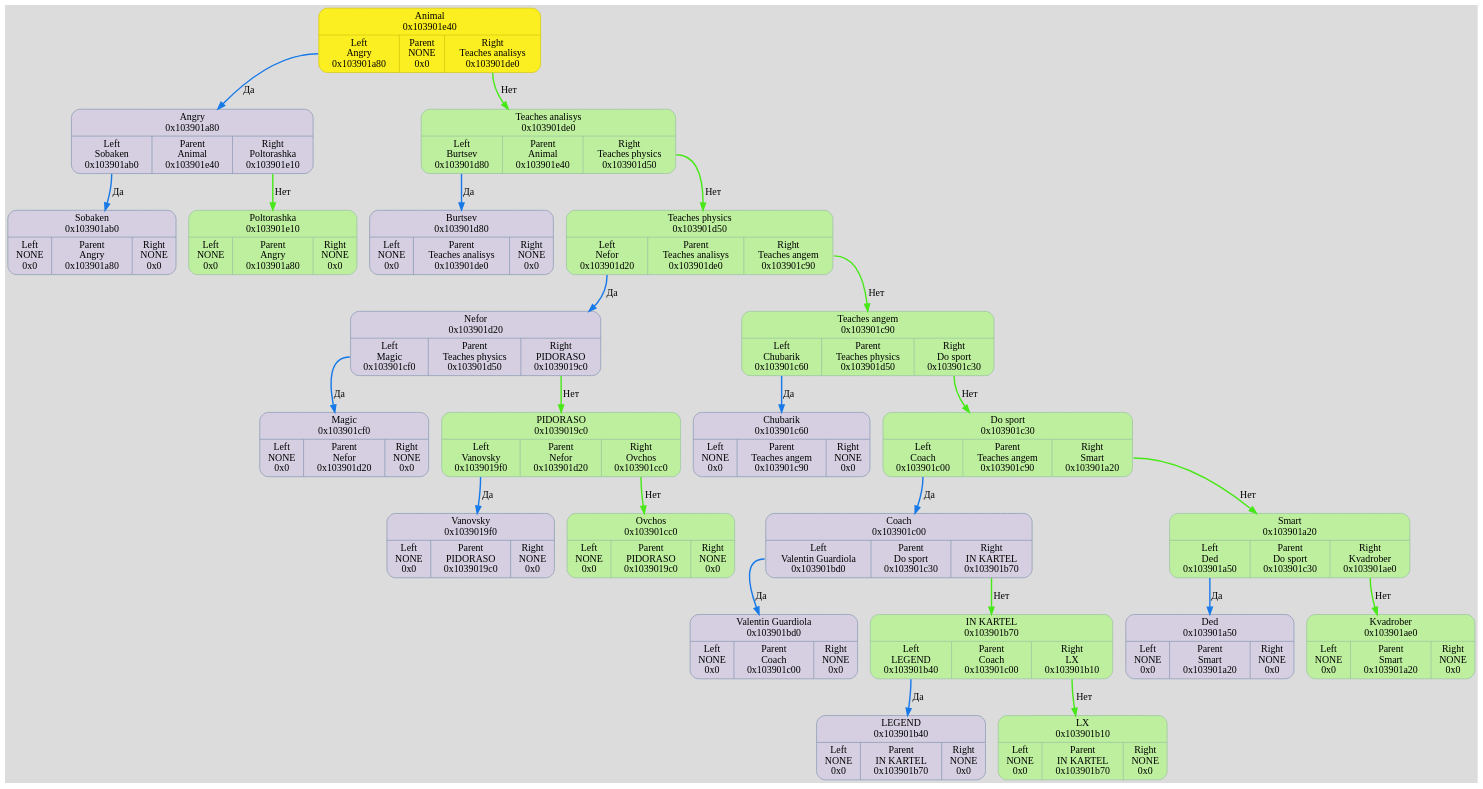
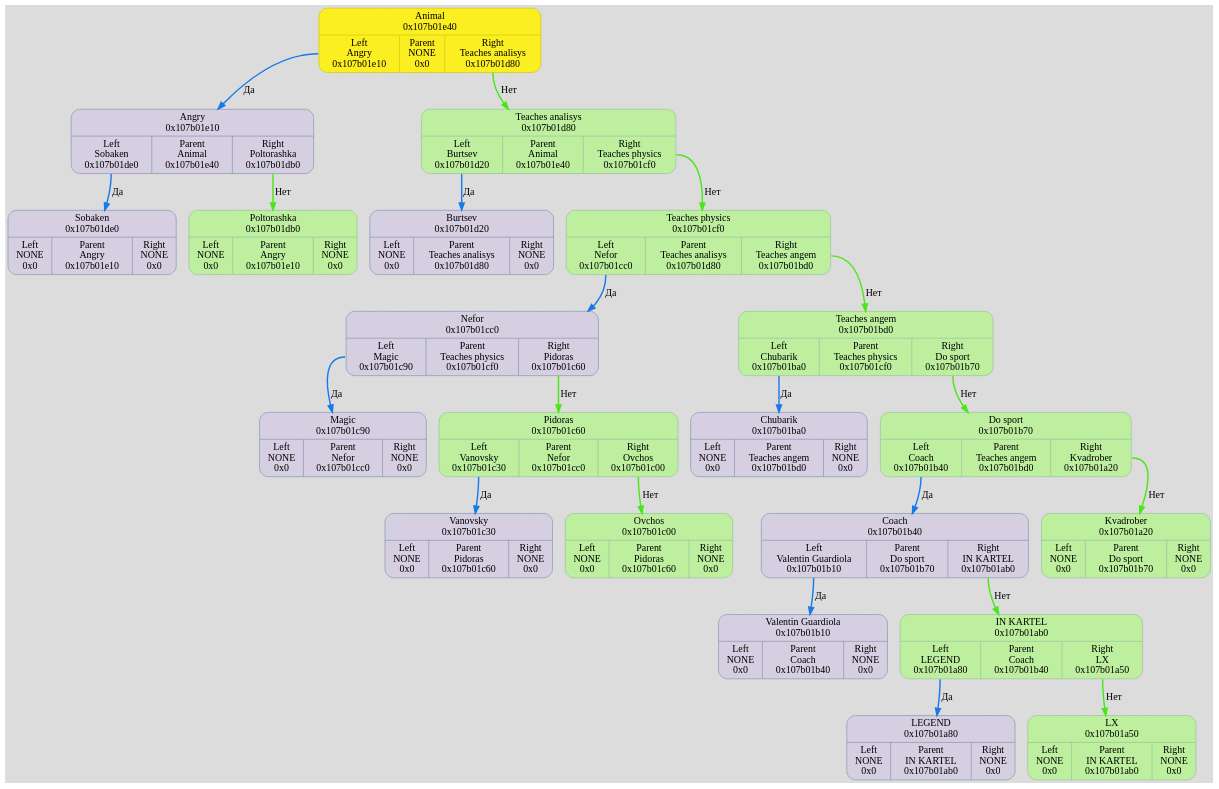
Before and after one commit to TolikRogov/Akinator: the diagram in dump/graph.dot, drawn with Graphviz. The commit also changed 19 other files, not shown here.

```diff
--- a/dump/graph.dot
+++ b/dump/graph.dot
@@ -2,60 +2,55 @@
 	fontname = "UbuntuMono";
 	bgcolor = "#DCDCDC";
 
-	node0x103901e40 [ shape = Mrecord; style = filled; fillcolor = "#FBEE21"; color = "#D3C70D"; fontcolor = "#000000";label = " { Animal\n0x103901e40 | { <left> Left\nAngry\n0x103901a80 | Parent\nNONE\n0x0 | <right> Right\nTeaches analisys\n0x103901de0 } } ";  ];
-	node0x103901e40:<left> -> node0x103901a80 [ style = "bold"; color = "#187AE8"; label = "Да"; ];
-	node0x103901a80 [ shape = Mrecord; style = filled; fillcolor = "#D5CFE1"; color = "#8797b2"; fontcolor = "#000000";label = " { Angry\n0x103901a80 | { <left> Left\nSobaken\n0x103901ab0 | Parent\nAnimal\n0x103901e40 | <right> Right\nPoltorashka\n0x103901e10 } } ";  ];
-	node0x103901a80:<left> -> node0x103901ab0 [ style = "bold"; color = "#187AE8"; label = "Да"; ];
-	node0x103901ab0 [ shape = Mrecord; style = filled; fillcolor = "#D5CFE1"; color = "#8797b2"; fontcolor = "#000000";label = " { Sobaken\n0x103901ab0 | { <left> Left\nNONE\n0x0 | Parent\nAngry\n0x103901a80 | <right> Right\nNONE\n0x0 } } ";  ];
-	node0x103901e10 [ shape = Mrecord; style = filled; fillcolor = "#D5CFE1"; color = "#8797b2"; fontcolor = "#000000";label = " { Poltorashka\n0x103901e10 | { <left> Left\nNONE\n0x0 | Parent\nAngry\n0x103901a80 | <right> Right\nNONE\n0x0 } } ";  ];
-	node0x103901a80:<right> -> node0x103901e10 [ style = "bold"; color = "#48E818"; label = "Нет"; ];
-	node0x103901e10 [ fillcolor = "#BDEF9E"; color = "#99c2a2"; fontcolor = "#000000"; ];
-	node0x103901de0 [ shape = Mrecord; style = filled; fillcolor = "#D5CFE1"; color = "#8797b2"; fontcolor = "#000000";label = " { Teaches analisys\n0x103901de0 | { <left> Left\nBurtsev\n0x103901d80 | Parent\nAnimal\n0x103901e40 | <right> Right\nTeaches physics\n0x103901d50 } } ";  ];
-	node0x103901de0:<left> -> node0x103901d80 [ style = "bold"; color = "#187AE8"; label = "Да"; ];
-	node0x103901d80 [ shape = Mrecord; style = filled; fillcolor = "#D5CFE1"; color = "#8797b2"; fontcolor = "#000000";label = " { Burtsev\n0x103901d80 | { <left> Left\nNONE\n0x0 | Parent\nTeaches analisys\n0x103901de0 | <right> Right\nNONE\n0x0 } } ";  ];
-	node0x103901d50 [ shape = Mrecord; style = filled; fillcolor = "#D5CFE1"; color = "#8797b2"; fontcolor = "#000000";label = " { Teaches physics\n0x103901d50 | { <left> Left\nNefor\n0x103901d20 | Parent\nTeaches analisys\n0x103901de0 | <right> Right\nTeaches angem\n0x103901c90 } } ";  ];
-	node0x103901d50:<left> -> node0x103901d20 [ style = "bold"; color = "#187AE8"; label = "Да"; ];
-	node0x103901d20 [ shape = Mrecord; style = filled; fillcolor = "#D5CFE1"; color = "#8797b2"; fontcolor = "#000000";label = " { Nefor\n0x103901d20 | { <left> Left\nMagic\n0x103901cf0 | Parent\nTeaches physics\n0x103901d50 | <right> Right\nPIDORASO\n0x1039019c0 } } ";  ];
-	node0x103901d20:<left> -> node0x103901cf0 [ style = "bold"; color = "#187AE8"; label = "Да"; ];
-	node0x103901cf0 [ shape = Mrecord; style = filled; fillcolor = "#D5CFE1"; color = "#8797b2"; fontcolor = "#000000";label = " { Magic\n0x103901cf0 | { <left> Left\nNONE\n0x0 | Parent\nNefor\n0x103901d20 | <right> Right\nNONE\n0x0 } } ";  ];
-	node0x1039019c0 [ shape = Mrecord; style = filled; fillcolor = "#D5CFE1"; color = "#8797b2"; fontcolor = "#000000";label = " { PIDORASO\n0x1039019c0 | { <left> Left\nVanovsky\n0x1039019f0 | Parent\nNefor\n0x103901d20 | <right> Right\nOvchos\n0x103901cc0 } } ";  ];
-	node0x1039019c0:<left> -> node0x1039019f0 [ style = "bold"; color = "#187AE8"; label = "Да"; ];
-	node0x1039019f0 [ shape = Mrecord; style = filled; fillcolor = "#D5CFE1"; color = "#8797b2"; fontcolor = "#000000";label = " { Vanovsky\n0x1039019f0 | { <left> Left\nNONE\n0x0 | Parent\nPIDORASO\n0x1039019c0 | <right> Right\nNONE\n0x0 } } ";  ];
-	node0x103901cc0 [ shape = Mrecord; style = filled; fillcolor = "#D5CFE1"; color = "#8797b2"; fontcolor = "#000000";label = " { Ovchos\n0x103901cc0 | { <left> Left\nNONE\n0x0 | Parent\nPIDORASO\n0x1039019c0 | <right> Right\nNONE\n0x0 } } ";  ];
-	node0x1039019c0:<right> -> node0x103901cc0 [ style = "bold"; color = "#48E818"; label = "Нет"; ];
-	node0x103901cc0 [ fillcolor = "#BDEF9E"; color = "#99c2a2"; fontcolor = "#000000"; ];
-	node0x103901d20:<right> -> node0x1039019c0 [ style = "bold"; color = "#48E818"; label = "Нет"; ];
-	node0x1039019c0 [ fillcolor = "#BDEF9E"; color = "#99c2a2"; fontcolor = "#000000"; ];
-	node0x103901c90 [ shape = Mrecord; style = filled; fillcolor = "#D5CFE1"; color = "#8797b2"; fontcolor = "#000000";label = " { Teaches angem\n0x103901c90 | { <left> Left\nChubarik\n0x103901c60 | Parent\nTeaches physics\n0x103901d50 | <right> Right\nDo sport\n0x103901c30 } } ";  ];
-	node0x103901c90:<left> -> node0x103901c60 [ style = "bold"; color = "#187AE8"; label = "Да"; ];
-	node0x103901c60 [ shape = Mrecord; style = filled; fillcolor = "#D5CFE1"; color = "#8797b2"; fontcolor = "#000000";label = " { Chubarik\n0x103901c60 | { <left> Left\nNONE\n0x0 | Parent\nTeaches angem\n0x103901c90 | <right> Right\nNONE\n0x0 } } ";  ];
-	node0x103901c30 [ shape = Mrecord; style = filled; fillcolor = "#D5CFE1"; color = "#8797b2"; fontcolor = "#000000";label = " { Do sport\n0x103901c30 | { <left> Left\nCoach\n0x103901c00 | Parent\nTeaches angem\n0x103901c90 | <right> Right\nSmart\n0x103901a20 } } ";  ];
-	node0x103901c30:<left> -> node0x103901c00 [ style = "bold"; color = "#187AE8"; label = "Да"; ];
-	node0x103901c00 [ shape = Mrecord; style = filled; fillcolor = "#D5CFE1"; color = "#8797b2"; fontcolor = "#000000";label = " { Coach\n0x103901c00 | { <left> Left\nValentin Guardiola\n0x103901bd0 | Parent\nDo sport\n0x103901c30 | <right> Right\nIN KARTEL\n0x103901b70 } } ";  ];
-	node0x103901c00:<left> -> node0x103901bd0 [ style = "bold"; color = "#187AE8"; label = "Да"; ];
-	node0x103901bd0 [ shape = Mrecord; style = filled; fillcolor = "#D5CFE1"; color = "#8797b2"; fontcolor = "#000000";label = " { Valentin Guardiola\n0x103901bd0 | { <left> Left\nNONE\n0x0 | Parent\nCoach\n0x103901c00 | <right> Right\nNONE\n0x0 } } ";  ];
-	node0x103901b70 [ shape = Mrecord; style = filled; fillcolor = "#D5CFE1"; color = "#8797b2"; fontcolor = "#000000";label = " { IN KARTEL\n0x103901b70 | { <left> Left\nLEGEND\n0x103901b40 | Parent\nCoach\n0x103901c00 | <right> Right\nLX\n0x103901b10 } } ";  ];
-	node0x103901b70:<left> -> node0x103901b40 [ style = "bold"; color = "#187AE8"; label = "Да"; ];
-	node0x103901b40 [ shape = Mrecord; style = filled; fillcolor = "#D5CFE1"; color = "#8797b2"; fontcolor = "#000000";label = " { LEGEND\n0x103901b40 | { <left> Left\nNONE\n0x0 | Parent\nIN KARTEL\n0x103901b70 | <right> Right\nNONE\n0x0 } } ";  ];
-	node0x103901b10 [ shape = Mrecord; style = filled; fillcolor = "#D5CFE1"; color = "#8797b2"; fontcolor = "#000000";label = " { LX\n0x103901b10 | { <left> Left\nNONE\n0x0 | Parent\nIN KARTEL\n0x103901b70 | <right> Right\nNONE\n0x0 } } ";  ];
-	node0x103901b70:<right> -> node0x103901b10 [ style = "bold"; color = "#48E818"; label = "Нет"; ];
-	node0x103901b10 [ fillcolor = "#BDEF9E"; color = "#99c2a2"; fontcolor = "#000000"; ];
-	node0x103901c00:<right> -> node0x103901b70 [ style = "bold"; color = "#48E818"; label = "Нет"; ];
-	node0x103901b70 [ fillcolor = "#BDEF9E"; color = "#99c2a2"; fontcolor = "#000000"; ];
-	node0x103901a20 [ shape = Mrecord; style = filled; fillcolor = "#D5CFE1"; color = "#8797b2"; fontcolor = "#000000";label = " { Smart\n0x103901a20 | { <left> Left\nDed\n0x103901a50 | Parent\nDo sport\n0x103901c30 | <right> Right\nKvadrober\n0x103901ae0 } } ";  ];
-	node0x103901a20:<left> -> node0x103901a50 [ style = "bold"; color = "#187AE8"; label = "Да"; ];
-	node0x103901a50 [ shape = Mrecord; style = filled; fillcolor = "#D5CFE1"; color = "#8797b2"; fontcolor = "#000000";label = " { Ded\n0x103901a50 | { <left> Left\nNONE\n0x0 | Parent\nSmart\n0x103901a20 | <right> Right\nNONE\n0x0 } } ";  ];
-	node0x103901ae0 [ shape = Mrecord; style = filled; fillcolor = "#D5CFE1"; color = "#8797b2"; fontcolor = "#000000";label = " { Kvadrober\n0x103901ae0 | { <left> Left\nNONE\n0x0 | Parent\nSmart\n0x103901a20 | <right> Right\nNONE\n0x0 } } ";  ];
-	node0x103901a20:<right> -> node0x103901ae0 [ style = "bold"; color = "#48E818"; label = "Нет"; ];
-	node0x103901ae0 [ fillcolor = "#BDEF9E"; color = "#99c2a2"; fontcolor = "#000000"; ];
-	node0x103901c30:<right> -> node0x103901a20 [ style = "bold"; color = "#48E818"; label = "Нет"; ];
-	node0x103901a20 [ fillcolor = "#BDEF9E"; color = "#99c2a2"; fontcolor = "#000000"; ];
-	node0x103901c90:<right> -> node0x103901c30 [ style = "bold"; color = "#48E818"; label = "Нет"; ];
-	node0x103901c30 [ fillcolor = "#BDEF9E"; color = "#99c2a2"; fontcolor = "#000000"; ];
-	node0x103901d50:<right> -> node0x103901c90 [ style = "bold"; color = "#48E818"; label = "Нет"; ];
-	node0x103901c90 [ fillcolor = "#BDEF9E"; color = "#99c2a2"; fontcolor = "#000000"; ];
-	node0x103901de0:<right> -> node0x103901d50 [ style = "bold"; color = "#48E818"; label = "Нет"; ];
-	node0x103901d50 [ fillcolor = "#BDEF9E"; color = "#99c2a2"; fontcolor = "#000000"; ];
-	node0x103901e40:<right> -> node0x103901de0 [ style = "bold"; color = "#48E818"; label = "Нет"; ];
-	node0x103901de0 [ fillcolor = "#BDEF9E"; color = "#99c2a2"; fontcolor = "#000000"; ];
+	node0x107b01e40 [ shape = Mrecord; style = filled; fillcolor = "#FBEE21"; color = "#D3C70D"; fontcolor = "#000000";label = " { Animal\n0x107b01e40 | { <left> Left\nAngry\n0x107b01e10 | Parent\nNONE\n0x0 | <right> Right\nTeaches analisys\n0x107b01d80 } } ";  ];
+	node0x107b01e40:<left> -> node0x107b01e10 [ style = "bold"; color = "#187AE8"; label = "Да"; ];
+	node0x107b01e10 [ shape = Mrecord; style = filled; fillcolor = "#D5CFE1"; color = "#8797b2"; fontcolor = "#000000";label = " { Angry\n0x107b01e10 | { <left> Left\nSobaken\n0x107b01de0 | Parent\nAnimal\n0x107b01e40 | <right> Right\nPoltorashka\n0x107b01db0 } } ";  ];
+	node0x107b01e10:<left> -> node0x107b01de0 [ style = "bold"; color = "#187AE8"; label = "Да"; ];
+	node0x107b01de0 [ shape = Mrecord; style = filled; fillcolor = "#D5CFE1"; color = "#8797b2"; fontcolor = "#000000";label = " { Sobaken\n0x107b01de0 | { <left> Left\nNONE\n0x0 | Parent\nAngry\n0x107b01e10 | <right> Right\nNONE\n0x0 } } ";  ];
+	node0x107b01db0 [ shape = Mrecord; style = filled; fillcolor = "#D5CFE1"; color = "#8797b2"; fontcolor = "#000000";label = " { Poltorashka\n0x107b01db0 | { <left> Left\nNONE\n0x0 | Parent\nAngry\n0x107b01e10 | <right> Right\nNONE\n0x0 } } ";  ];
+	node0x107b01e10:<right> -> node0x107b01db0 [ style = "bold"; color = "#48E818"; label = "Нет"; ];
+	node0x107b01db0 [ fillcolor = "#BDEF9E"; color = "#99c2a2"; fontcolor = "#000000"; ];
+	node0x107b01d80 [ shape = Mrecord; style = filled; fillcolor = "#D5CFE1"; color = "#8797b2"; fontcolor = "#000000";label = " { Teaches analisys\n0x107b01d80 | { <left> Left\nBurtsev\n0x107b01d20 | Parent\nAnimal\n0x107b01e40 | <right> Right\nTeaches physics\n0x107b01cf0 } } ";  ];
+	node0x107b01d80:<left> -> node0x107b01d20 [ style = "bold"; color = "#187AE8"; label = "Да"; ];
+	node0x107b01d20 [ shape = Mrecord; style = filled; fillcolor = "#D5CFE1"; color = "#8797b2"; fontcolor = "#000000";label = " { Burtsev\n0x107b01d20 | { <left> Left\nNONE\n0x0 | Parent\nTeaches analisys\n0x107b01d80 | <right> Right\nNONE\n0x0 } } ";  ];
+	node0x107b01cf0 [ shape = Mrecord; style = filled; fillcolor = "#D5CFE1"; color = "#8797b2"; fontcolor = "#000000";label = " { Teaches physics\n0x107b01cf0 | { <left> Left\nNefor\n0x107b01cc0 | Parent\nTeaches analisys\n0x107b01d80 | <right> Right\nTeaches angem\n0x107b01bd0 } } ";  ];
+	node0x107b01cf0:<left> -> node0x107b01cc0 [ style = "bold"; color = "#187AE8"; label = "Да"; ];
+	node0x107b01cc0 [ shape = Mrecord; style = filled; fillcolor = "#D5CFE1"; color = "#8797b2"; fontcolor = "#000000";label = " { Nefor\n0x107b01cc0 | { <left> Left\nMagic\n0x107b01c90 | Parent\nTeaches physics\n0x107b01cf0 | <right> Right\nPidoras\n0x107b01c60 } } ";  ];
+	node0x107b01cc0:<left> -> node0x107b01c90 [ style = "bold"; color = "#187AE8"; label = "Да"; ];
+	node0x107b01c90 [ shape = Mrecord; style = filled; fillcolor = "#D5CFE1"; color = "#8797b2"; fontcolor = "#000000";label = " { Magic\n0x107b01c90 | { <left> Left\nNONE\n0x0 | Parent\nNefor\n0x107b01cc0 | <right> Right\nNONE\n0x0 } } ";  ];
+	node0x107b01c60 [ shape = Mrecord; style = filled; fillcolor = "#D5CFE1"; color = "#8797b2"; fontcolor = "#000000";label = " { Pidoras\n0x107b01c60 | { <left> Left\nVanovsky\n0x107b01c30 | Parent\nNefor\n0x107b01cc0 | <right> Right\nOvchos\n0x107b01c00 } } ";  ];
+	node0x107b01c60:<left> -> node0x107b01c30 [ style = "bold"; color = "#187AE8"; label = "Да"; ];
+	node0x107b01c30 [ shape = Mrecord; style = filled; fillcolor = "#D5CFE1"; color = "#8797b2"; fontcolor = "#000000";label = " { Vanovsky\n0x107b01c30 | { <left> Left\nNONE\n0x0 | Parent\nPidoras\n0x107b01c60 | <right> Right\nNONE\n0x0 } } ";  ];
+	node0x107b01c00 [ shape = Mrecord; style = filled; fillcolor = "#D5CFE1"; color = "#8797b2"; fontcolor = "#000000";label = " { Ovchos\n0x107b01c00 | { <left> Left\nNONE\n0x0 | Parent\nPidoras\n0x107b01c60 | <right> Right\nNONE\n0x0 } } ";  ];
+	node0x107b01c60:<right> -> node0x107b01c00 [ style = "bold"; color = "#48E818"; label = "Нет"; ];
+	node0x107b01c00 [ fillcolor = "#BDEF9E"; color = "#99c2a2"; fontcolor = "#000000"; ];
+	node0x107b01cc0:<right> -> node0x107b01c60 [ style = "bold"; color = "#48E818"; label = "Нет"; ];
+	node0x107b01c60 [ fillcolor = "#BDEF9E"; color = "#99c2a2"; fontcolor = "#000000"; ];
+	node0x107b01bd0 [ shape = Mrecord; style = filled; fillcolor = "#D5CFE1"; color = "#8797b2"; fontcolor = "#000000";label = " { Teaches angem\n0x107b01bd0 | { <left> Left\nChubarik\n0x107b01ba0 | Parent\nTeaches physics\n0x107b01cf0 | <right> Right\nDo sport\n0x107b01b70 } } ";  ];
+	node0x107b01bd0:<left> -> node0x107b01ba0 [ style = "bold"; color = "#187AE8"; label = "Да"; ];
+	node0x107b01ba0 [ shape = Mrecord; style = filled; fillcolor = "#D5CFE1"; color = "#8797b2"; fontcolor = "#000000";label = " { Chubarik\n0x107b01ba0 | { <left> Left\nNONE\n0x0 | Parent\nTeaches angem\n0x107b01bd0 | <right> Right\nNONE\n0x0 } } ";  ];
+	node0x107b01b70 [ shape = Mrecord; style = filled; fillcolor = "#D5CFE1"; color = "#8797b2"; fontcolor = "#000000";label = " { Do sport\n0x107b01b70 | { <left> Left\nCoach\n0x107b01b40 | Parent\nTeaches angem\n0x107b01bd0 | <right> Right\nKvadrober\n0x107b01a20 } } ";  ];
+	node0x107b01b70:<left> -> node0x107b01b40 [ style = "bold"; color = "#187AE8"; label = "Да"; ];
+	node0x107b01b40 [ shape = Mrecord; style = filled; fillcolor = "#D5CFE1"; color = "#8797b2"; fontcolor = "#000000";label = " { Coach\n0x107b01b40 | { <left> Left\nValentin Guardiola\n0x107b01b10 | Parent\nDo sport\n0x107b01b70 | <right> Right\nIN KARTEL\n0x107b01ab0 } } ";  ];
+	node0x107b01b40:<left> -> node0x107b01b10 [ style = "bold"; color = "#187AE8"; label = "Да"; ];
+	node0x107b01b10 [ shape = Mrecord; style = filled; fillcolor = "#D5CFE1"; color = "#8797b2"; fontcolor = "#000000";label = " { Valentin Guardiola\n0x107b01b10 | { <left> Left\nNONE\n0x0 | Parent\nCoach\n0x107b01b40 | <right> Right\nNONE\n0x0 } } ";  ];
+	node0x107b01ab0 [ shape = Mrecord; style = filled; fillcolor = "#D5CFE1"; color = "#8797b2"; fontcolor = "#000000";label = " { IN KARTEL\n0x107b01ab0 | { <left> Left\nLEGEND\n0x107b01a80 | Parent\nCoach\n0x107b01b40 | <right> Right\nLX\n0x107b01a50 } } ";  ];
+	node0x107b01ab0:<left> -> node0x107b01a80 [ style = "bold"; color = "#187AE8"; label = "Да"; ];
+	node0x107b01a80 [ shape = Mrecord; style = filled; fillcolor = "#D5CFE1"; color = "#8797b2"; fontcolor = "#000000";label = " { LEGEND\n0x107b01a80 | { <left> Left\nNONE\n0x0 | Parent\nIN KARTEL\n0x107b01ab0 | <right> Right\nNONE\n0x0 } } ";  ];
+	node0x107b01a50 [ shape = Mrecord; style = filled; fillcolor = "#D5CFE1"; color = "#8797b2"; fontcolor = "#000000";label = " { LX\n0x107b01a50 | { <left> Left\nNONE\n0x0 | Parent\nIN KARTEL\n0x107b01ab0 | <right> Right\nNONE\n0x0 } } ";  ];
+	node0x107b01ab0:<right> -> node0x107b01a50 [ style = "bold"; color = "#48E818"; label = "Нет"; ];
+	node0x107b01a50 [ fillcolor = "#BDEF9E"; color = "#99c2a2"; fontcolor = "#000000"; ];
+	node0x107b01b40:<right> -> node0x107b01ab0 [ style = "bold"; color = "#48E818"; label = "Нет"; ];
+	node0x107b01ab0 [ fillcolor = "#BDEF9E"; color = "#99c2a2"; fontcolor = "#000000"; ];
+	node0x107b01a20 [ shape = Mrecord; style = filled; fillcolor = "#D5CFE1"; color = "#8797b2"; fontcolor = "#000000";label = " { Kvadrober\n0x107b01a20 | { <left> Left\nNONE\n0x0 | Parent\nDo sport\n0x107b01b70 | <right> Right\nNONE\n0x0 } } ";  ];
+	node0x107b01b70:<right> -> node0x107b01a20 [ style = "bold"; color = "#48E818"; label = "Нет"; ];
+	node0x107b01a20 [ fillcolor = "#BDEF9E"; color = "#99c2a2"; fontcolor = "#000000"; ];
+	node0x107b01bd0:<right> -> node0x107b01b70 [ style = "bold"; color = "#48E818"; label = "Нет"; ];
+	node0x107b01b70 [ fillcolor = "#BDEF9E"; color = "#99c2a2"; fontcolor = "#000000"; ];
+	node0x107b01cf0:<right> -> node0x107b01bd0 [ style = "bold"; color = "#48E818"; label = "Нет"; ];
+	node0x107b01bd0 [ fillcolor = "#BDEF9E"; color = "#99c2a2"; fontcolor = "#000000"; ];
+	node0x107b01d80:<right> -> node0x107b01cf0 [ style = "bold"; color = "#48E818"; label = "Нет"; ];
+	node0x107b01cf0 [ fillcolor = "#BDEF9E"; color = "#99c2a2"; fontcolor = "#000000"; ];
+	node0x107b01e40:<right> -> node0x107b01d80 [ style = "bold"; color = "#48E818"; label = "Нет"; ];
+	node0x107b01d80 [ fillcolor = "#BDEF9E"; color = "#99c2a2"; fontcolor = "#000000"; ];
 }
```
